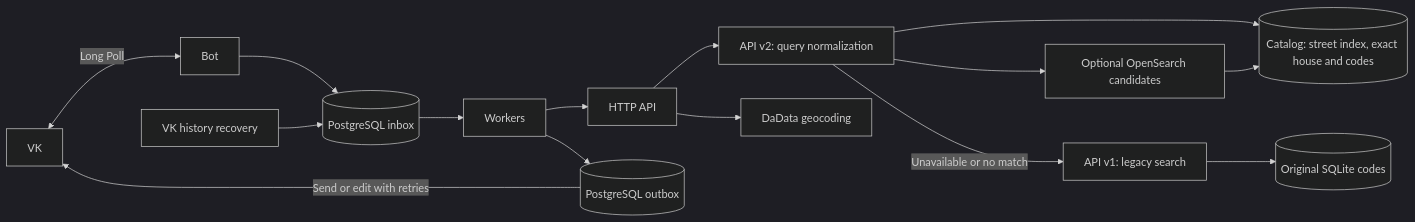
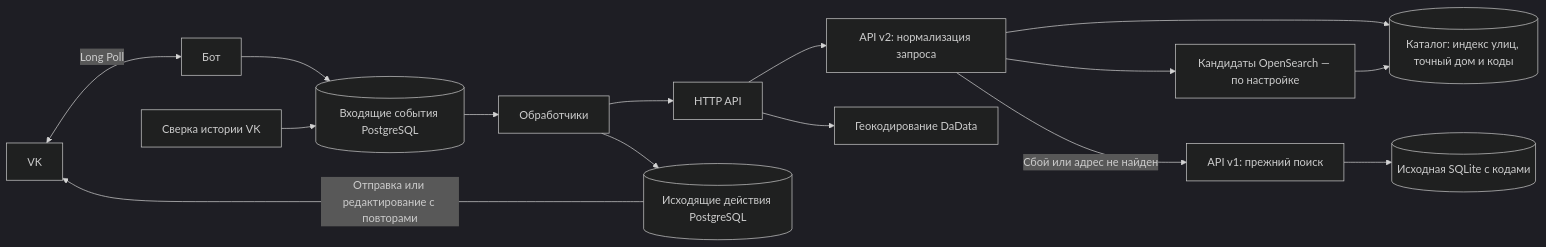
The first of 3 diagrams in README.md (omkality/domofomka), drawn with Mermaid (dark theme) before and after one commit. The commit also changed other lines of this file and 12 other files, not shown here.

````diff
--- a/README.md
+++ b/README.md
@@ -8,17 +8,17 @@
 ```mermaid
 flowchart LR
-    VK[VK] <-->|Long Poll| B[Bot]
-    B --> I[(PostgreSQL inbox)]
-    H[VK history recovery] --> I
-    I --> W[Workers]
+    VK[VK] <-->|Long Poll| B[Бот]
+    B --> I[(Входящие события PostgreSQL)]
+    H[Сверка истории VK] --> I
+    I --> W[Обработчики]
     W --> A[HTTP API]
-    A --> V2[API v2: query normalization]
-    V2 --> C[(Catalog: street index, exact house and codes)]
-    V2 --> OS[Optional OpenSearch candidates]
+    A --> V2[API v2: нормализация запроса]
+    V2 --> C[(Каталог: индекс улиц, точный дом и коды)]
+    V2 --> OS[Кандидаты OpenSearch — по настройке]
     OS --> C
-    V2 -->|Unavailable or no match| V1[API v1: legacy search]
-    V1 --> DB[(Original SQLite codes)]
-    A --> D[DaData geocoding]
-    W --> O[(PostgreSQL outbox)]
-    O -->|Send or edit with retries| VK
+    V2 -->|Сбой или адрес не найден| V1[API v1: прежний поиск]
+    V1 --> DB[(Исходная SQLite с кодами)]
+    A --> D[Геокодирование DaData]
+    W --> O[(Исходящие действия PostgreSQL)]
+    O -->|Отправка или редактирование с повторами| VK
 ```
````
